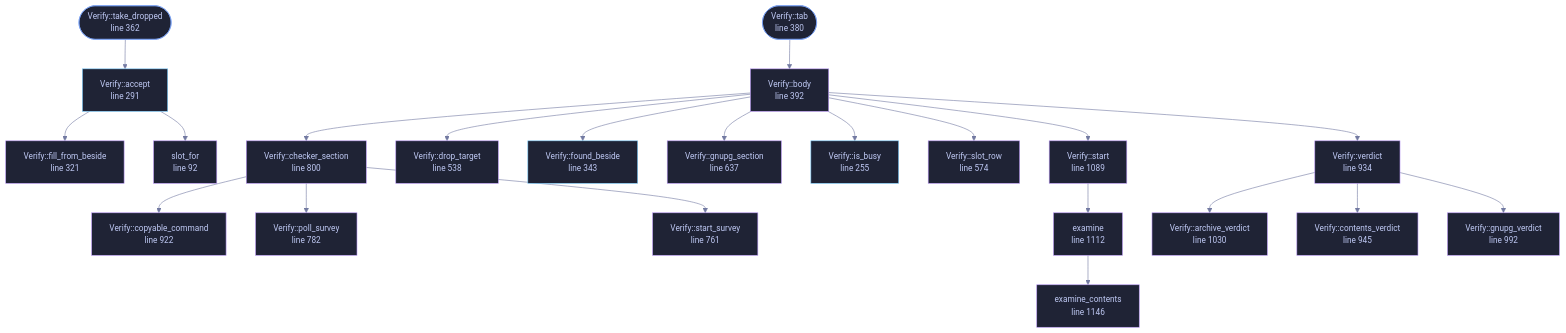
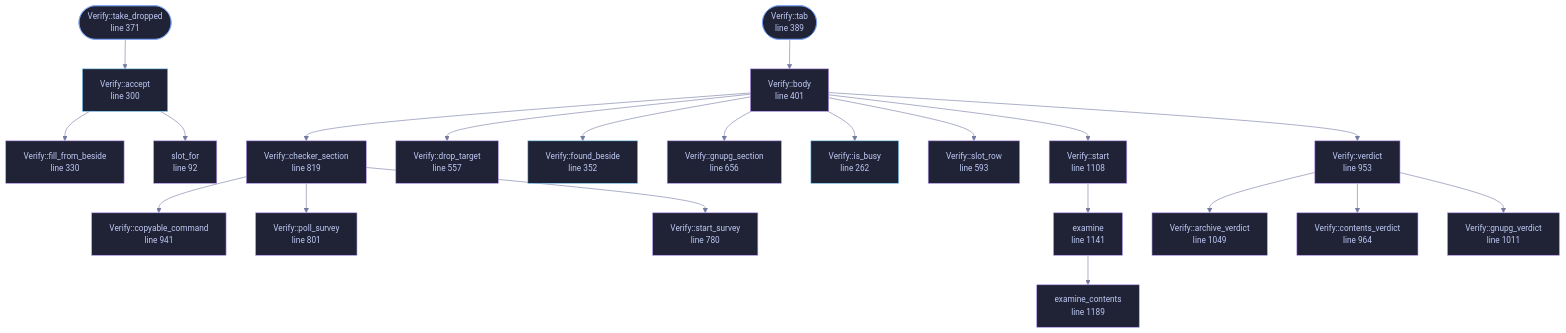
The diagram in docs/files/veilvoice-gui/verify.md (tilas01/veilvoice), drawn with Mermaid before and after one commit. The commit also changed other lines of this file and 63 other files, not shown here.

````diff
--- a/docs/files/veilvoice-gui/verify.md
+++ b/docs/files/veilvoice-gui/verify.md
@@ -135,74 +135,74 @@
 ```mermaid
 %%{init: {"theme":"base","themeVariables":{"background":"#1a1b26","primaryColor":"#1f2335","primaryTextColor":"#c0caf5","primaryBorderColor":"#7aa2f7","secondaryColor":"#16161e","tertiaryColor":"#16161e","lineColor":"#737aa2","textColor":"#c0caf5","mainBkg":"#1f2335","nodeBorder":"#7aa2f7","clusterBkg":"#16161e","clusterBorder":"#2f3549","fontFamily":"ui-monospace, SFMono-Regular, Consolas, monospace","fontSize":"14px"}}}%%
 flowchart TD
     n_slot_for["slot_for<br/>line 92"]
-    n_is_busy["Verify::is_busy<br/>line 255"]
-    n_accept["Verify::accept<br/>line 291"]
-    n_fill_from_beside["Verify::fill_from_beside<br/>line 321"]
-    n_found_beside["Verify::found_beside<br/>line 343"]
-    n_take_dropped(["Verify::take_dropped<br/>line 362"])
-    n_tab(["Verify::tab<br/>line 380"])
-    n_body["Verify::body<br/>line 392"]
-    n_drop_target["Verify::drop_target<br/>line 538"]
-    n_slot_row["Verify::slot_row<br/>line 574"]
-    n_gnupg_section["Verify::gnupg_section<br/>line 637"]
-    n_start_survey["Verify::start_survey<br/>line 761"]
-    n_poll_survey["Verify::poll_survey<br/>line 782"]
-    n_checker_section["Verify::checker_section<br/>line 800"]
-    n_copyable_command["Verify::copyable_command<br/>line 922"]
-    n_verdict["Verify::verdict<br/>line 934"]
-    n_contents_verdict["Verify::contents_verdict<br/>line 945"]
-    n_gnupg_verdict["Verify::gnupg_verdict<br/>line 992"]
-    n_archive_verdict["Verify::archive_verdict<br/>line 1030"]
-    n_start["Verify::start<br/>line 1089"]
-    n_examine["examine<br/>line 1112"]
-    n_examine_contents["examine_contents<br/>line 1146"]
+    n_is_busy["Verify::is_busy<br/>line 262"]
+    n_accept["Verify::accept<br/>line 300"]
+    n_fill_from_beside["Verify::fill_from_beside<br/>line 330"]
+    n_found_beside["Verify::found_beside<br/>line 352"]
+    n_take_dropped(["Verify::take_dropped<br/>line 371"])
+    n_tab(["Verify::tab<br/>line 389"])
+    n_body["Verify::body<br/>line 401"]
+    n_drop_target["Verify::drop_target<br/>line 557"]
+    n_slot_row["Verify::slot_row<br/>line 593"]
+    n_gnupg_section["Verify::gnupg_section<br/>line 656"]
+    n_start_survey["Verify::start_survey<br/>line 780"]
+    n_poll_survey["Verify::poll_survey<br/>line 801"]
+    n_checker_section["Verify::checker_section<br/>line 819"]
+    n_copyable_command["Verify::copyable_command<br/>line 941"]
+    n_verdict["Verify::verdict<br/>line 953"]
+    n_contents_verdict["Verify::contents_verdict<br/>line 964"]
+    n_gnupg_verdict["Verify::gnupg_verdict<br/>line 1011"]
+    n_archive_verdict["Verify::archive_verdict<br/>line 1049"]
+    n_start["Verify::start<br/>line 1108"]
+    n_examine["examine<br/>line 1141"]
+    n_examine_contents["examine_contents<br/>line 1189"]
     n_accept --> n_fill_from_beside
     n_accept --> n_slot_for
     n_body --> n_checker_section
     n_body --> n_drop_target
     n_body --> n_found_beside
     n_body --> n_gnupg_section
     n_body --> n_is_busy
     n_body --> n_slot_row
     n_body --> n_start
     n_body --> n_verdict
     n_checker_section --> n_copyable_command
     n_checker_section --> n_poll_survey
     n_checker_section --> n_start_survey
     n_examine --> n_examine_contents
     n_start --> n_examine
     n_tab --> n_body
     n_take_dropped --> n_accept
     n_verdict --> n_archive_verdict
     n_verdict --> n_contents_verdict
     n_verdict --> n_gnupg_verdict
     click n_slot_for href "https://github.com/tilas01/veilvoice/blob/main/crates/veilvoice-gui/src/verify.rs#L92" "open the source"
-    click n_is_busy href "https://github.com/tilas01/veilvoice/blob/main/crates/veilvoice-gui/src/verify.rs#L255" "open the source"
-    click n_accept href "https://github.com/tilas01/veilvoice/blob/main/crates/veilvoice-gui/src/verify.rs#L291" "open the source"
-    click n_fill_from_beside href "https://github.com/tilas01/veilvoice/blob/main/crates/veilvoice-gui/src/verify.rs#L321" "open the source"
-    click n_found_beside href "https://github.com/tilas01/veilvoice/blob/main/crates/veilvoice-gui/src/verify.rs#L343" "open the source"
-    click n_take_dropped href "https://github.com/tilas01/veilvoice/blob/main/crates/veilvoice-gui/src/verify.rs#L362" "open the source"
-    click n_tab href "https://github.com/tilas01/veilvoice/blob/main/crates/veilvoice-gui/src/verify.rs#L380" "open the source"
-    click n_body href "https://github.com/tilas01/veilvoice/blob/main/crates/veilvoice-gui/src/verify.rs#L392" "open the source"
-    click n_drop_target href "https://github.com/tilas01/veilvoice/blob/main/crates/veilvoice-gui/src/verify.rs#L538" "open the source"
-    click n_slot_row href "https://github.com/tilas01/veilvoice/blob/main/crates/veilvoice-gui/src/verify.rs#L574" "open the source"
-    click n_gnupg_section href "https://github.com/tilas01/veilvoice/blob/main/crates/veilvoice-gui/src/verify.rs#L637" "open the source"
-    click n_start_survey href "https://github.com/tilas01/veilvoice/blob/main/crates/veilvoice-gui/src/verify.rs#L761" "open the source"
-    click n_poll_survey href "https://github.com/tilas01/veilvoice/blob/main/crates/veilvoice-gui/src/verify.rs#L782" "open the source"
-    click n_checker_section href "https://github.com/tilas01/veilvoice/blob/main/crates/veilvoice-gui/src/verify.rs#L800" "open the source"
-    click n_copyable_command href "https://github.com/tilas01/veilvoice/blob/main/crates/veilvoice-gui/src/verify.rs#L922" "open the source"
-    click n_verdict href "https://github.com/tilas01/veilvoice/blob/main/crates/veilvoice-gui/src/verify.rs#L934" "open the source"
-    click n_contents_verdict href "https://github.com/tilas01/veilvoice/blob/main/crates/veilvoice-gui/src/verify.rs#L945" "open the source"
-    click n_gnupg_verdict href "https://github.com/tilas01/veilvoice/blob/main/crates/veilvoice-gui/src/verify.rs#L992" "open the source"
-    click n_archive_verdict href "https://github.com/tilas01/veilvoice/blob/main/crates/veilvoice-gui/src/verify.rs#L1030" "open the source"
-    click n_start href "https://github.com/tilas01/veilvoice/blob/main/crates/veilvoice-gui/src/verify.rs#L1089" "open the source"
-    click n_examine href "https://github.com/tilas01/veilvoice/blob/main/crates/veilvoice-gui/src/verify.rs#L1112" "open the source"
-    click n_examine_contents href "https://github.com/tilas01/veilvoice/blob/main/crates/veilvoice-gui/src/verify.rs#L1146" "open the source"
+    click n_is_busy href "https://github.com/tilas01/veilvoice/blob/main/crates/veilvoice-gui/src/verify.rs#L262" "open the source"
+    click n_accept href "https://github.com/tilas01/veilvoice/blob/main/crates/veilvoice-gui/src/verify.rs#L300" "open the source"
+    click n_fill_from_beside href "https://github.com/tilas01/veilvoice/blob/main/crates/veilvoice-gui/src/verify.rs#L330" "open the source"
+    click n_found_beside href "https://github.com/tilas01/veilvoice/blob/main/crates/veilvoice-gui/src/verify.rs#L352" "open the source"
+    click n_take_dropped href "https://github.com/tilas01/veilvoice/blob/main/crates/veilvoice-gui/src/verify.rs#L371" "open the source"
+    click n_tab href "https://github.com/tilas01/veilvoice/blob/main/crates/veilvoice-gui/src/verify.rs#L389" "open the source"
+    click n_body href "https://github.com/tilas01/veilvoice/blob/main/crates/veilvoice-gui/src/verify.rs#L401" "open the source"
+    click n_drop_target href "https://github.com/tilas01/veilvoice/blob/main/crates/veilvoice-gui/src/verify.rs#L557" "open the source"
+    click n_slot_row href "https://github.com/tilas01/veilvoice/blob/main/crates/veilvoice-gui/src/verify.rs#L593" "open the source"
+    click n_gnupg_section href "https://github.com/tilas01/veilvoice/blob/main/crates/veilvoice-gui/src/verify.rs#L656" "open the source"
+    click n_start_survey href "https://github.com/tilas01/veilvoice/blob/main/crates/veilvoice-gui/src/verify.rs#L780" "open the source"
+    click n_poll_survey href "https://github.com/tilas01/veilvoice/blob/main/crates/veilvoice-gui/src/verify.rs#L801" "open the source"
+    click n_checker_section href "https://github.com/tilas01/veilvoice/blob/main/crates/veilvoice-gui/src/verify.rs#L819" "open the source"
+    click n_copyable_command href "https://github.com/tilas01/veilvoice/blob/main/crates/veilvoice-gui/src/verify.rs#L941" "open the source"
+    click n_verdict href "https://github.com/tilas01/veilvoice/blob/main/crates/veilvoice-gui/src/verify.rs#L953" "open the source"
+    click n_contents_verdict href "https://github.com/tilas01/veilvoice/blob/main/crates/veilvoice-gui/src/verify.rs#L964" "open the source"
+    click n_gnupg_verdict href "https://github.com/tilas01/veilvoice/blob/main/crates/veilvoice-gui/src/verify.rs#L1011" "open the source"
+    click n_archive_verdict href "https://github.com/tilas01/veilvoice/blob/main/crates/veilvoice-gui/src/verify.rs#L1049" "open the source"
+    click n_start href "https://github.com/tilas01/veilvoice/blob/main/crates/veilvoice-gui/src/verify.rs#L1108" "open the source"
+    click n_examine href "https://github.com/tilas01/veilvoice/blob/main/crates/veilvoice-gui/src/verify.rs#L1141" "open the source"
+    click n_examine_contents href "https://github.com/tilas01/veilvoice/blob/main/crates/veilvoice-gui/src/verify.rs#L1189" "open the source"
     classDef entry fill:#1f2335,stroke:#7aa2f7,color:#c0caf5
     class n_take_dropped,n_tab entry
     classDef api fill:#1f2335,stroke:#7dcfff,color:#c0caf5
     class n_is_busy,n_accept,n_found_beside api
     classDef helper fill:#1f2335,stroke:#bb9af7,color:#c0caf5
     class n_slot_for,n_fill_from_beside,n_body,n_drop_target,n_slot_row,n_gnupg_section,n_start_survey,n_poll_survey,n_checker_section,n_copyable_command,n_verdict,n_contents_verdict,n_gnupg_verdict,n_archive_verdict,n_start,n_examine,n_examine_contents helper
 ```
````
